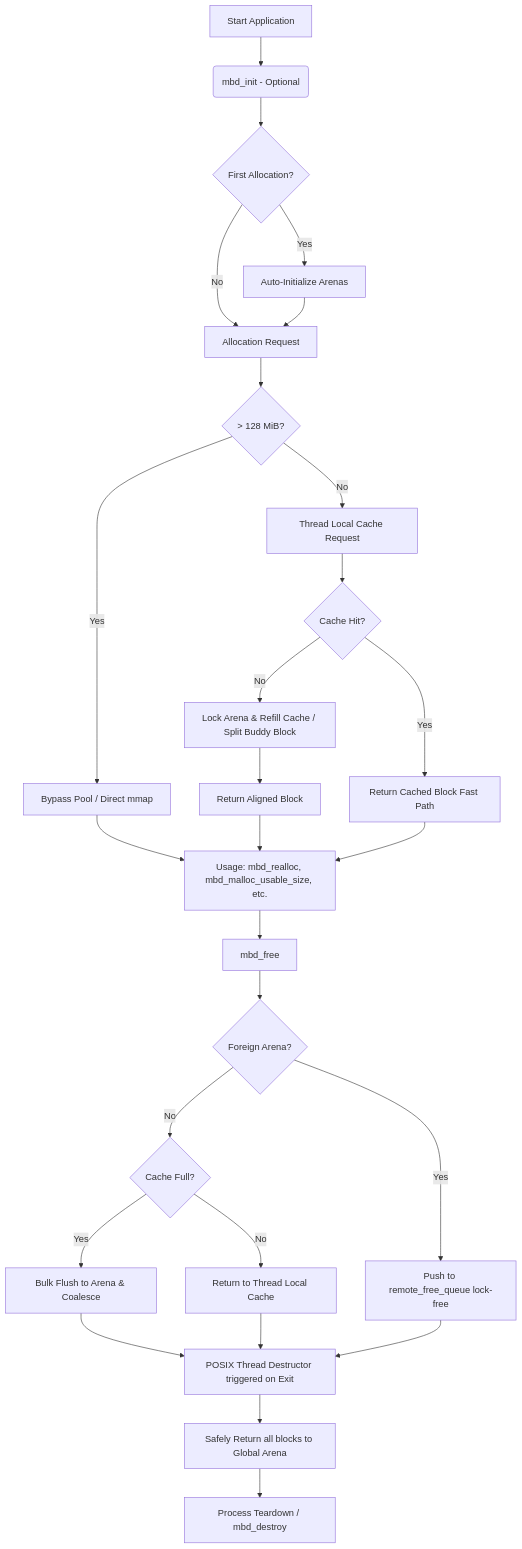
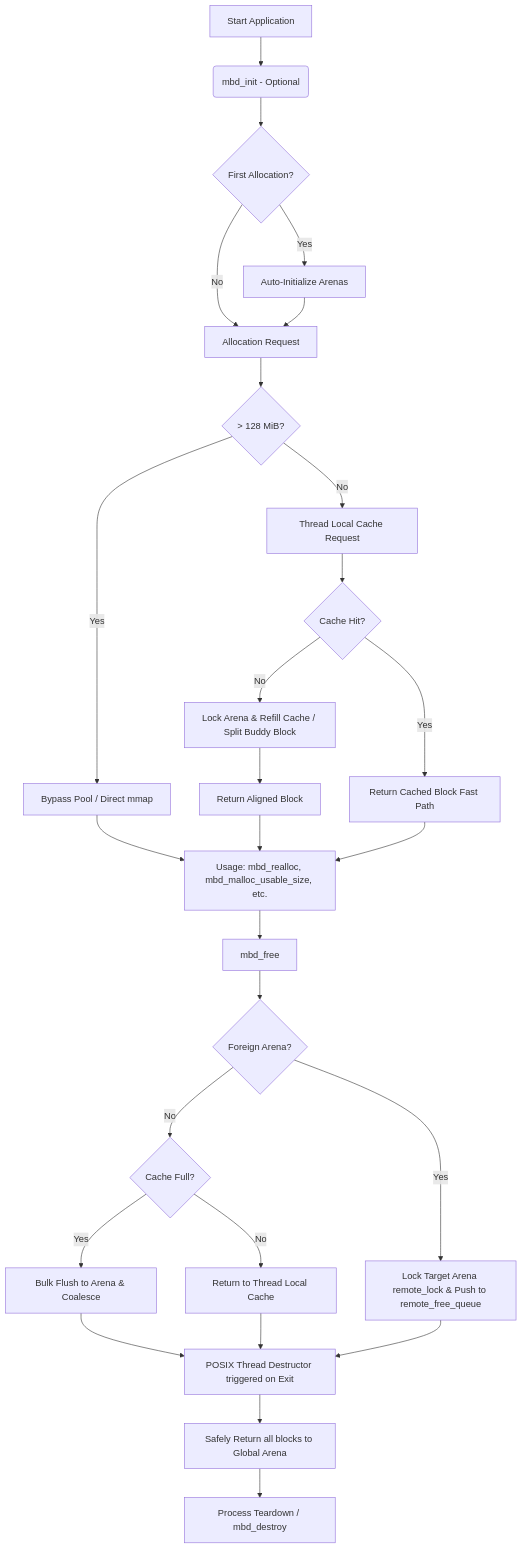
One commit to jmorel33/MyBuddy changed the diagram in README.md. Above: the diagram before and after it, drawn with Mermaid. The commit also changed other lines of this file and 2 other files, not shown here.

````diff
--- a/README.md
+++ b/README.md
@@ -34,29 +34,29 @@
 ```mermaid
 flowchart TD
     A[Start Application] --> B(mbd_init - Optional)
     B --> C{First Allocation?}
     C -- Yes --> D[Auto-Initialize Arenas]
     C -- No --> E[Allocation Request]
     D --> E
     E --> V{> 128 MiB?}
     V -- Yes --> W[Bypass Pool / Direct mmap]
     V -- No --> X[Thread Local Cache Request]
     X --> F{Cache Hit?}
     F -- Yes --> G[Return Cached Block Fast Path]
     F -- No --> H[Lock Arena & Refill Cache / Split Buddy Block]
     H --> I[Return Aligned Block]
     W --> J
     I --> J[Usage: mbd_realloc, mbd_malloc_usable_size, etc.]
     G --> J
     J --> K[mbd_free]
     K --> Y{Foreign Arena?}
-    Y -- Yes --> Z[Push to remote_free_queue lock-free]
+    Y -- Yes --> Z[Lock Target Arena remote_lock & Push to remote_free_queue]
     Y -- No --> L{Cache Full?}
     L -- Yes --> M[Bulk Flush to Arena & Coalesce]
     L -- No --> N[Return to Thread Local Cache]
     M --> O
     N --> O[POSIX Thread Destructor triggered on Exit]
     Z --> O
     O --> P[Safely Return all blocks to Global Arena]
     P --> Q[Process Teardown / mbd_destroy]
 ```
````
